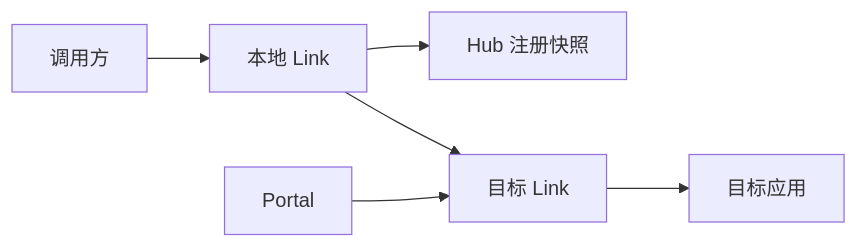
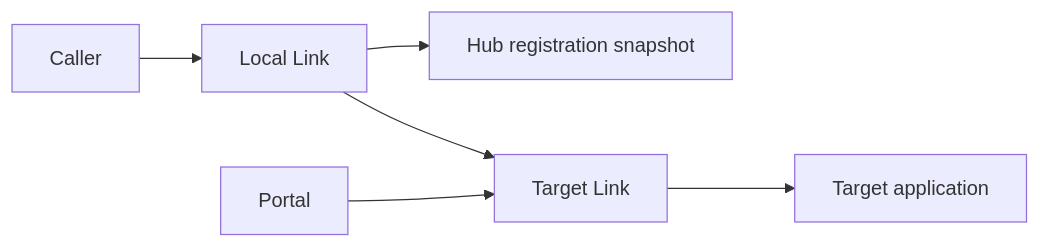
The second of 3 diagrams in docs/runtime/mechanisms.md (yorun-ai/vine-site), drawn with Mermaid before and after one commit. The commit also changed other lines of this file and 107 other files, not shown here.

````diff
--- a/docs/runtime/mechanisms.md
+++ b/docs/runtime/mechanisms.md
@@ -27,6 +27,6 @@
 ```mermaid
 flowchart LR
-  Caller["调用方"] --> LocalLink["本地 Link"] --> Discovery["Hub 注册快照"]
-  LocalLink --> TargetLink["目标 Link"] --> TargetApp["目标应用"]
+  Caller["Caller"] --> LocalLink["Local Link"] --> Discovery["Hub registration snapshot"]
+  LocalLink --> TargetLink["Target Link"] --> TargetApp["Target application"]
   Portal["Portal"] --> TargetLink
 ```
````
